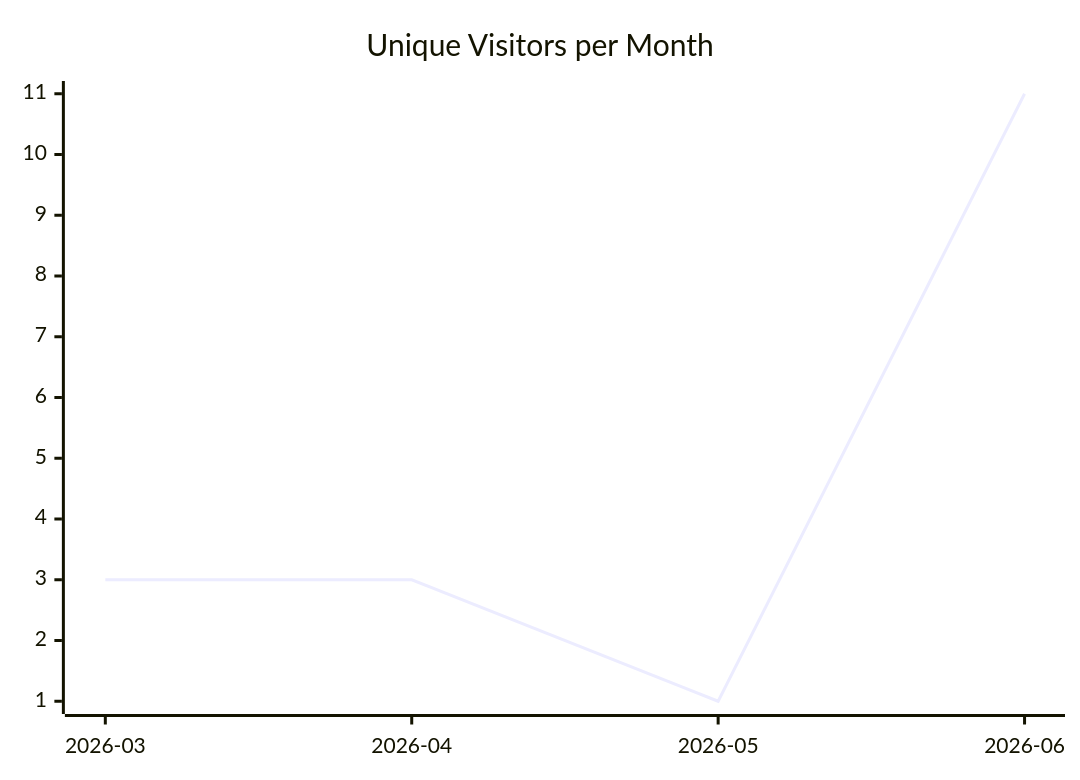
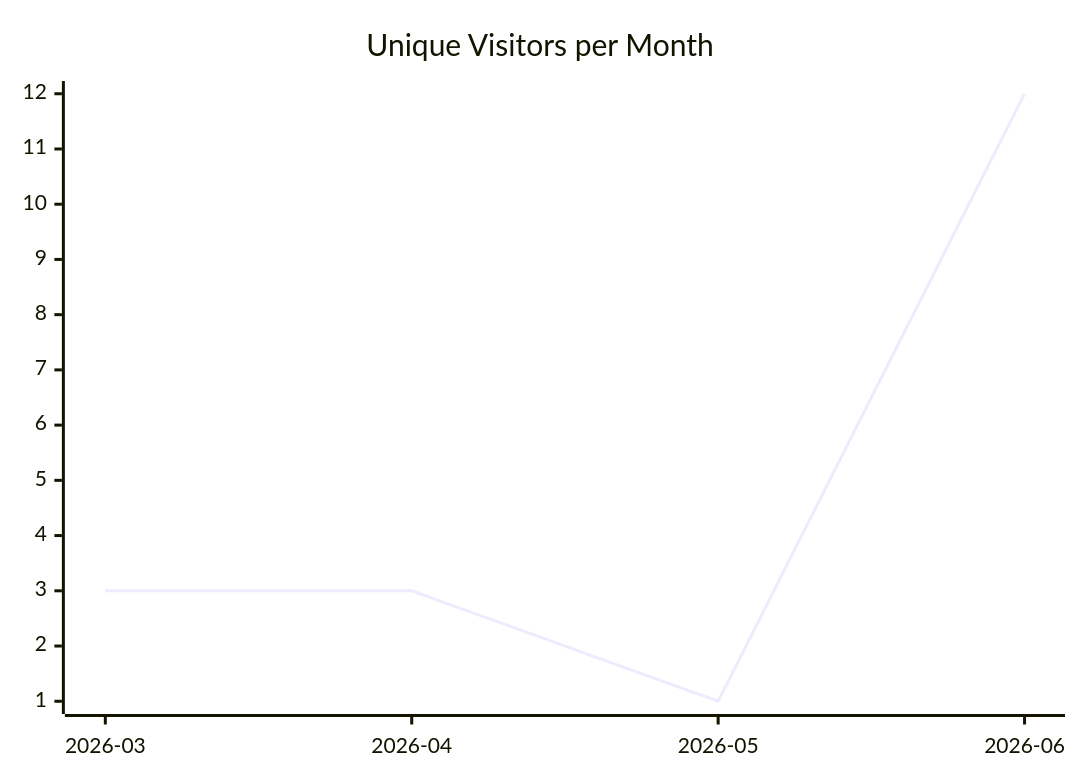
One commit to justdavis-family/github-analytics-data changed the first of 3 diagrams in karlmdavis/rps-tourney/README.md. Above: the diagram before and after it, drawn with Mermaid. The commit also changed other lines of this file and 199 other files, not shown here.

````diff
--- a/karlmdavis/rps-tourney/README.md
+++ b/karlmdavis/rps-tourney/README.md
@@ -5,6 +5,6 @@
 ```mermaid
 xychart-beta
   title "Unique Visitors per Month"
   x-axis ["2026-03", "2026-04", "2026-05", "2026-06"]
-  line [3, 3, 1, 11]
+  line [3, 3, 1, 12]
 ```
````
